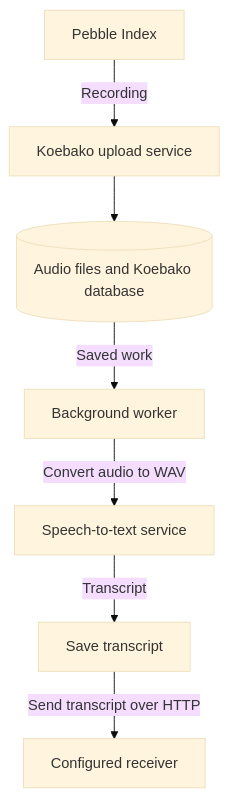
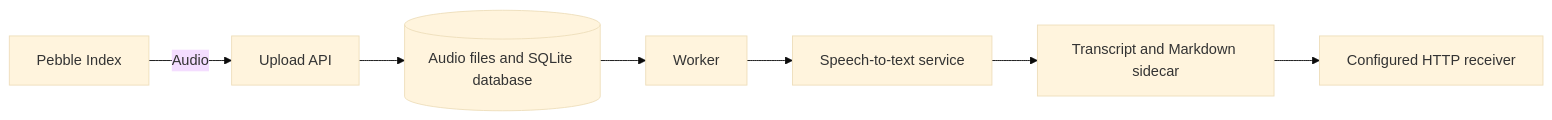
Before and after one commit to divin/koebako: the diagram in README.md, drawn with Mermaid (base theme). The commit also changed other lines of this file and 9 other files, not shown here.

````diff
--- a/README.md
+++ b/README.md
@@ -9,9 +9,9 @@
 ```mermaid
-flowchart TD
-    A[Pebble Index] -->|Recording| B[Koebako upload service]
-    B --> C[(Audio files and Koebako database)]
-    C -->|Saved work| D[Background worker]
-    D -->|Convert audio to WAV| E[Speech-to-text service]
-    E -->|Transcript| F[Save transcript]
-    F -->|Send transcript over HTTP| G[Configured receiver]
+flowchart LR
+    A[Pebble Index] -->|Audio| B[Upload API]
+    B --> C[(Audio files and SQLite database)]
+    C --> D[Worker]
+    D --> E[Speech-to-text service]
+    E --> F[Transcript and Markdown sidecar]
+    F --> G[Configured HTTP receiver]
 ```
````
